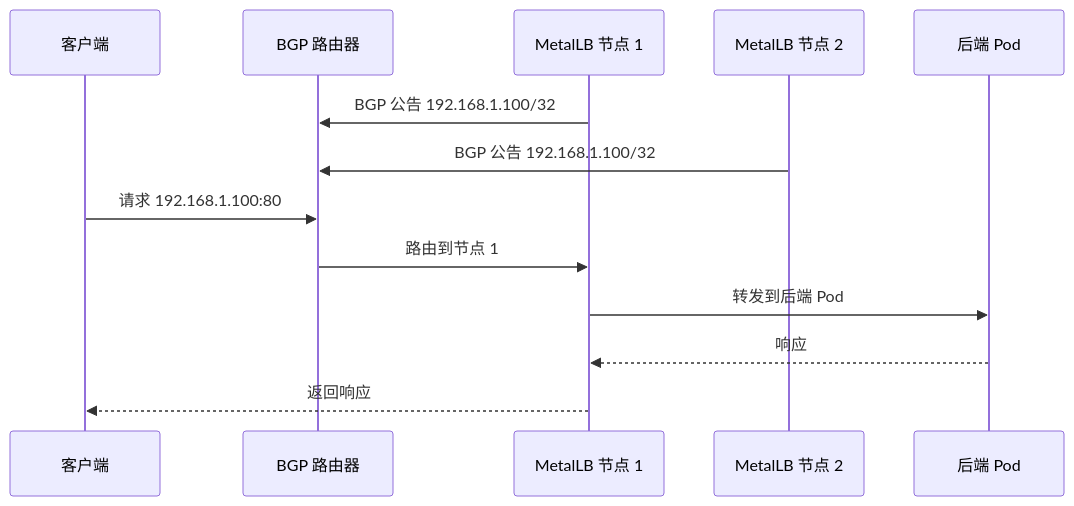
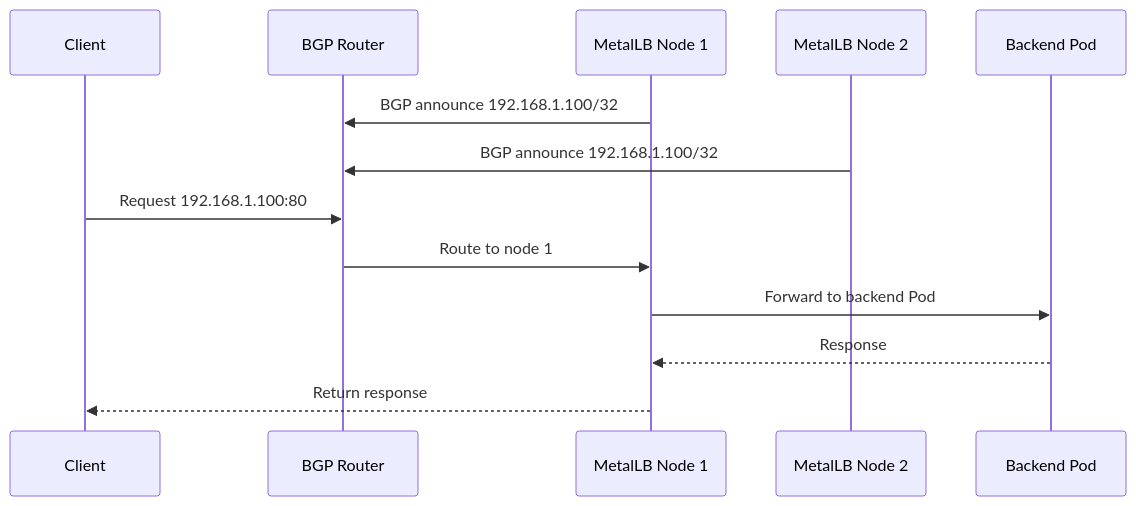
One commit to liweinan/deepseek-answers changed the sixth of 8 diagrams in files/k8s-lb.md. Above: the diagram before and after it, drawn with Mermaid. The commit also changed other lines of this file and 135 other files, not shown here.

````diff
--- a/files/k8s-lb.md
+++ b/files/k8s-lb.md
@@ -534,16 +536,16 @@
 ```mermaid
 sequenceDiagram
-    participant Client as 客户端
-    participant Router as BGP 路由器
-    participant Node1 as MetalLB 节点 1
-    participant Node2 as MetalLB 节点 2
-    participant Pod as 后端 Pod
+    participant Client as Client
+    participant Router as BGP Router
+    participant Node1 as MetalLB Node 1
+    participant Node2 as MetalLB Node 2
+    participant Pod as Backend Pod
 
-    Node1->>Router: BGP 公告 192.168.1.100/32
-    Node2->>Router: BGP 公告 192.168.1.100/32
-    Client->>Router: 请求 192.168.1.100:80
-    Router->>Node1: 路由到节点 1
-    Node1->>Pod: 转发到后端 Pod
-    Pod-->>Node1: 响应
-    Node1-->>Client: 返回响应
+    Node1->>Router: BGP announce 192.168.1.100/32
+    Node2->>Router: BGP announce 192.168.1.100/32
+    Client->>Router: Request 192.168.1.100:80
+    Router->>Node1: Route to node 1
+    Node1->>Pod: Forward to backend Pod
+    Pod-->>Node1: Response
+    Node1-->>Client: Return response
 ```
````
